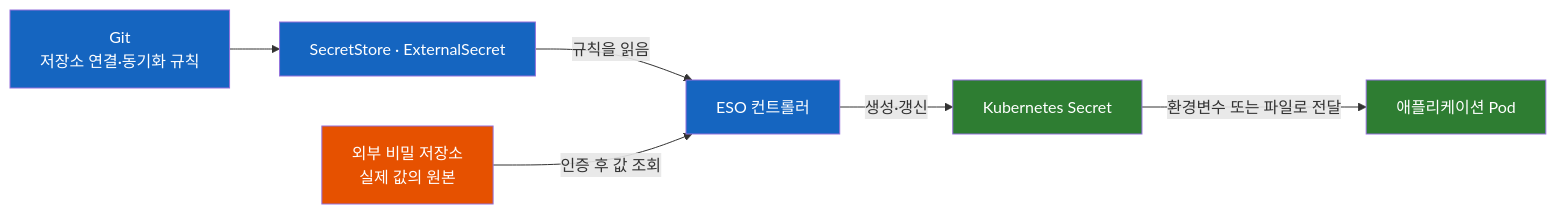
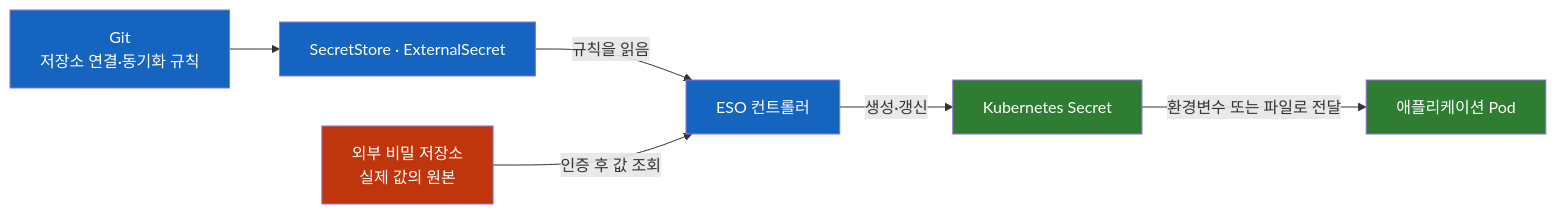
Before and after one commit to sskim91/TIL: the diagram in kubernetes/Kubernetes-External-Secrets-Operator.md, drawn with Mermaid. The commit also changed other lines of this file and 39 other files, not shown here.

````diff
--- a/kubernetes/Kubernetes-External-Secrets-Operator.md
+++ b/kubernetes/Kubernetes-External-Secrets-Operator.md
@@ -11,14 +13,14 @@
 ```mermaid
 flowchart LR
     G["Git<br>저장소 연결·동기화 규칙"] --> R["SecretStore · ExternalSecret"]
     R -->|"규칙을 읽음"| E["ESO 컨트롤러"]
     S["외부 비밀 저장소<br>실제 값의 원본"] -->|"인증 후 값 조회"| E
     E -->|"생성·갱신"| K["Kubernetes Secret"]
     K -->|"환경변수 또는 파일로 전달"| P["애플리케이션 Pod"]
     style G fill:#1565C0,color:#fff
     style R fill:#1565C0,color:#fff
-    style S fill:#E65100,color:#fff
+    style S fill:#BF360C,color:#fff
     style E fill:#1565C0,color:#fff
     style K fill:#2E7D32,color:#fff
     style P fill:#2E7D32,color:#fff
 ```
````
